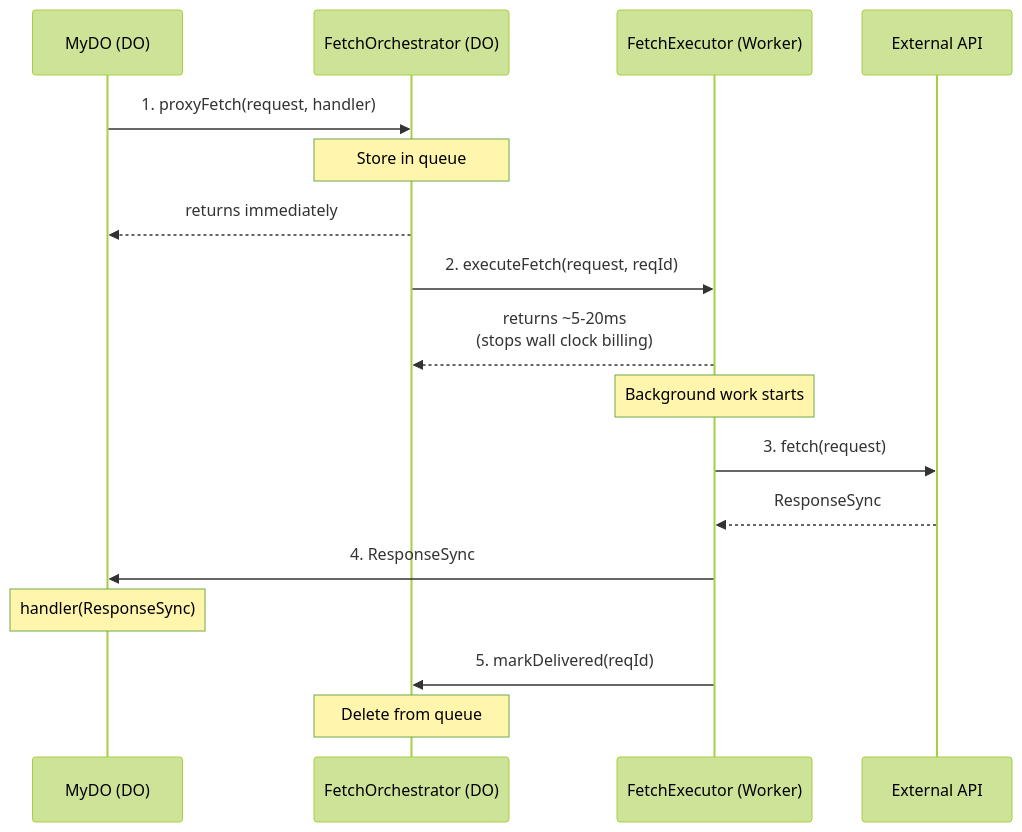
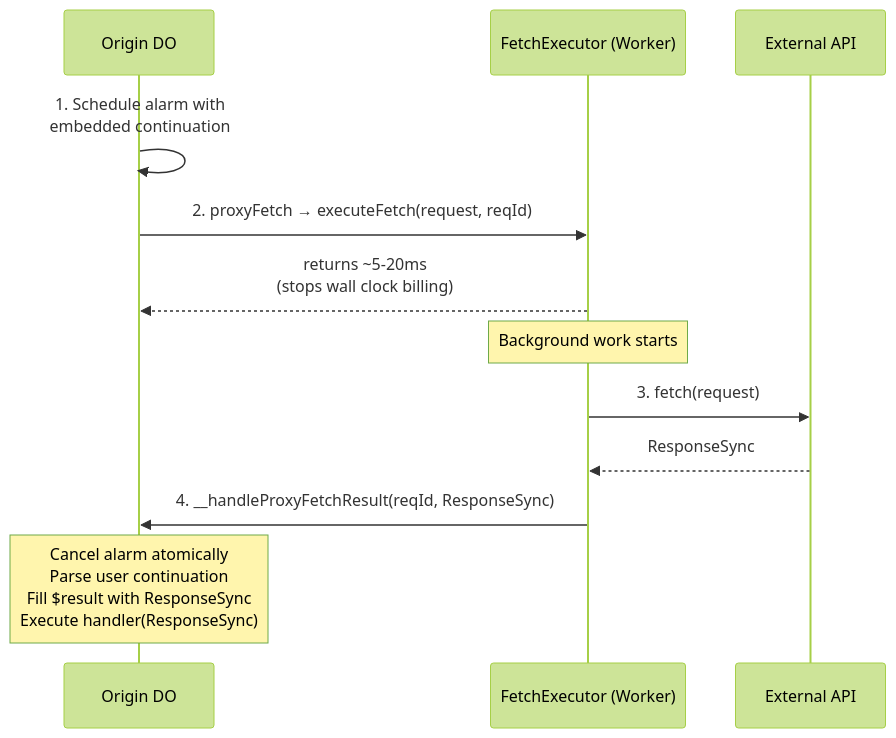
Before and after one commit to lumenize/lumenize: the first of 14 diagrams in website/docs/proxy-fetch/architecture-and-failure-modes.mdx, drawn with Mermaid (forest theme). The commit also changed other lines of this file and 46 other files, not shown here.

Commit message:
Still doing cleanup and code review on proxy-fetch but almost there

````diff
--- a/website/docs/proxy-fetch/architecture-and-failure-modes.mdx
+++ b/website/docs/proxy-fetch/architecture-and-failure-modes.mdx
@@ -244,23 +237,17 @@
 ```mermaid @skip-check
 sequenceDiagram
-    participant MyDO as MyDO (DO)
-    participant Orch as FetchOrchestrator (DO)
+    participant Origin as Origin DO
     participant Exec as FetchExecutor (Worker)
     participant API as External API
 
-    MyDO->>Orch: 1. proxyFetch(request, handler)
-    Note over Orch: Store in queue
-    Orch-->>MyDO: returns immediately
-    Orch->>Exec: 2. executeFetch(request, reqId)
-    Exec-->>Orch: returns ~5-20ms<br/>(stops wall clock billing)
+    Origin->>Origin: 1. Schedule alarm with<br/>embedded continuation
+    Origin->>Exec: 2. proxyFetch → executeFetch(request, reqId)
+    Exec-->>Origin: returns ~5-20ms<br/>(stops wall clock billing)
     
     Note over Exec: Background work starts
     Exec->>API: 3. fetch(request)
     API-->>Exec: ResponseSync
     
-    Exec->>MyDO: 4. ResponseSync
-    Note over MyDO: handler(ResponseSync)
-    
-    Exec->>Orch: 5. markDelivered(reqId)
-    Note over Orch: Delete from queue
+    Exec->>Origin: 4. __handleProxyFetchResult(reqId, ResponseSync)
+    Note over Origin: Cancel alarm atomically<br/>Parse user continuation<br/>Fill $result with ResponseSync<br/>Execute handler(ResponseSync)
 ```
````
